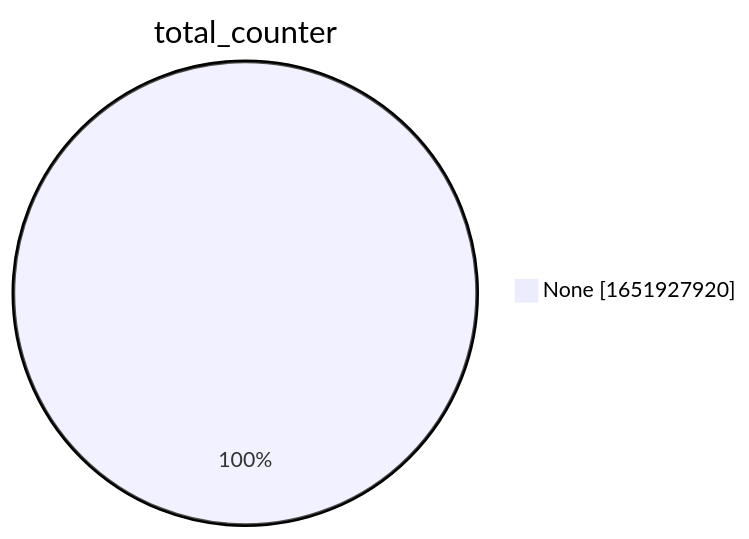
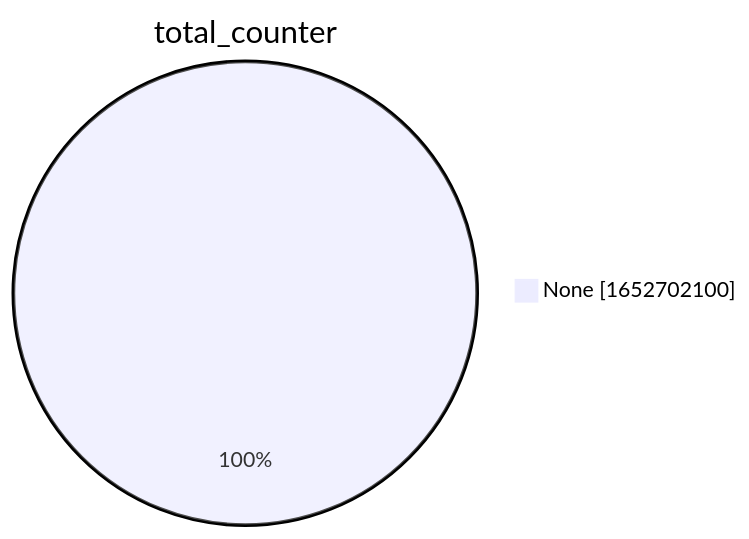
The second of 15 diagrams in xenon2022/README.md (christiankrug/ctmonitor_visualization), drawn with Mermaid before and after one commit. The commit also changed other lines of this file, not shown here.

````diff
--- a/xenon2022/README.md
+++ b/xenon2022/README.md
@@ -9,5 +9,5 @@
 ```mermaid
 pie showData
 title total_counter
-"None" :1651927920
+"None" :1652702100
 ```
````
